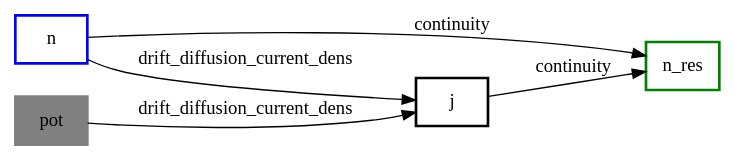
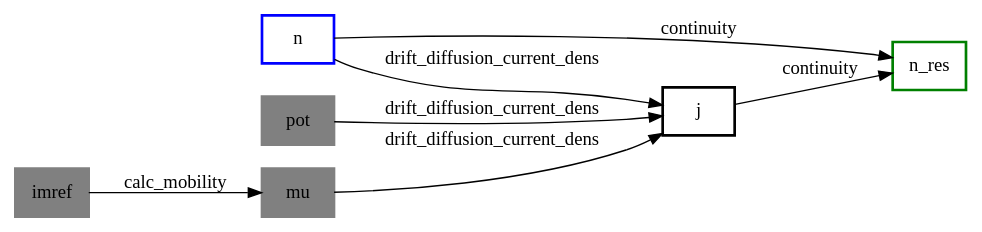
The diagram in dd.gv (po1arbear21/cybear), drawn with Graphviz before and after one commit. The commit also changed 14 other files, not shown here.

```diff
--- a/dd.gv
+++ b/dd.gv
@@ -1,16 +1,22 @@
 digraph mygraph {
   rankdir = "LR"
   node [shape=box]
   1 [color=blue label="n
 " penwidth=2.0]
   2 [color=green label="n_res
 " penwidth=2.0]
   3 [color=black label="j
 " penwidth=2.0]
   4 [color=black label="pot
 " penwidth=2.0 style=filled color=gray]
+  5 [color=black label="mu
+" penwidth=2.0 style=filled color=gray]
+  6 [color=black label="imref
+" penwidth=2.0 style=filled color=gray]
   3 -> 2 [label="continuity"]
   1 -> 2 [label="continuity"]
   1 -> 3 [label="drift_diffusion_current_dens"]
   4 -> 3 [label="drift_diffusion_current_dens"]
+  5 -> 3 [label="drift_diffusion_current_dens"]
+  6 -> 5 [label="calc_mobility"]
 }
```
